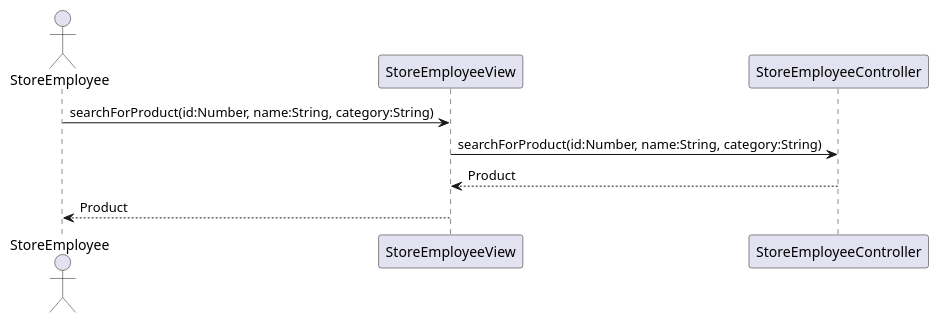
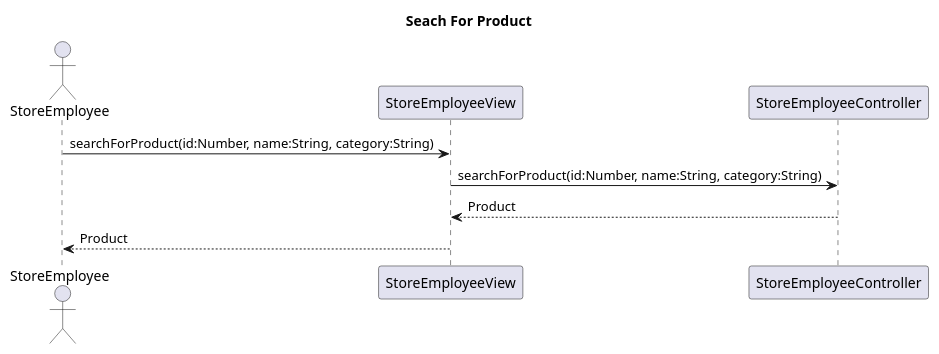
One commit to ThePhobosDeimosSuite/laboratoire-0_log430 changed the diagram in docs/UML/process/search-for-product.puml. Above: the diagram before and after it, drawn with PlantUML. The commit also changed 15 other files, not shown here.

```diff
--- a/docs/UML/process/search-for-product.puml
+++ b/docs/UML/process/search-for-product.puml
@@ -1,9 +1,10 @@
 @startuml search-for-product
+title Seach For Product
 actor StoreEmployee
 
 StoreEmployee -> StoreEmployeeView : searchForProduct(id:Number, name:String, category:String)
 StoreEmployeeView -> StoreEmployeeController : searchForProduct(id:Number, name:String, category:String)
 StoreEmployeeController --> StoreEmployeeView : Product
 StoreEmployeeView --> StoreEmployee : Product
 
 @enduml
```
